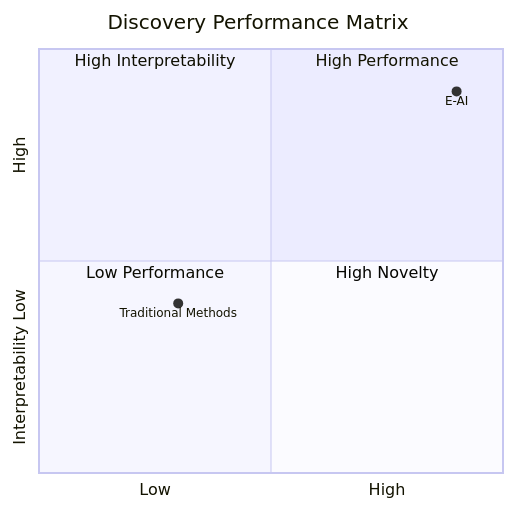
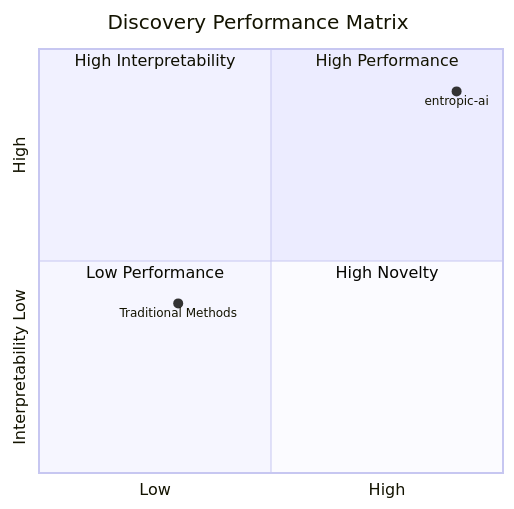
Diagram 16 of 32 in docs/about/paper.md (krish567366/Entropic-AI), drawn with Mermaid before and after one commit. The commit also changed other lines of this file and 37 other files, not shown here.

````diff
--- a/docs/about/paper.md
+++ b/docs/about/paper.md
@@ -510,13 +510,13 @@
 ```mermaid
 quadrantChart
     title Discovery Performance Matrix
     x-axis Low --> High
     y-axis "Interpretability" Low --> High
     quadrant-1 High Performance
     quadrant-2 High Interpretability
     quadrant-3 Low Performance
     quadrant-4 High Novelty
     
     Traditional Methods: [0.3, 0.4]
-    E-AI: [0.9, 0.9]
+    entropic-ai: [0.9, 0.9]
 ```
````
